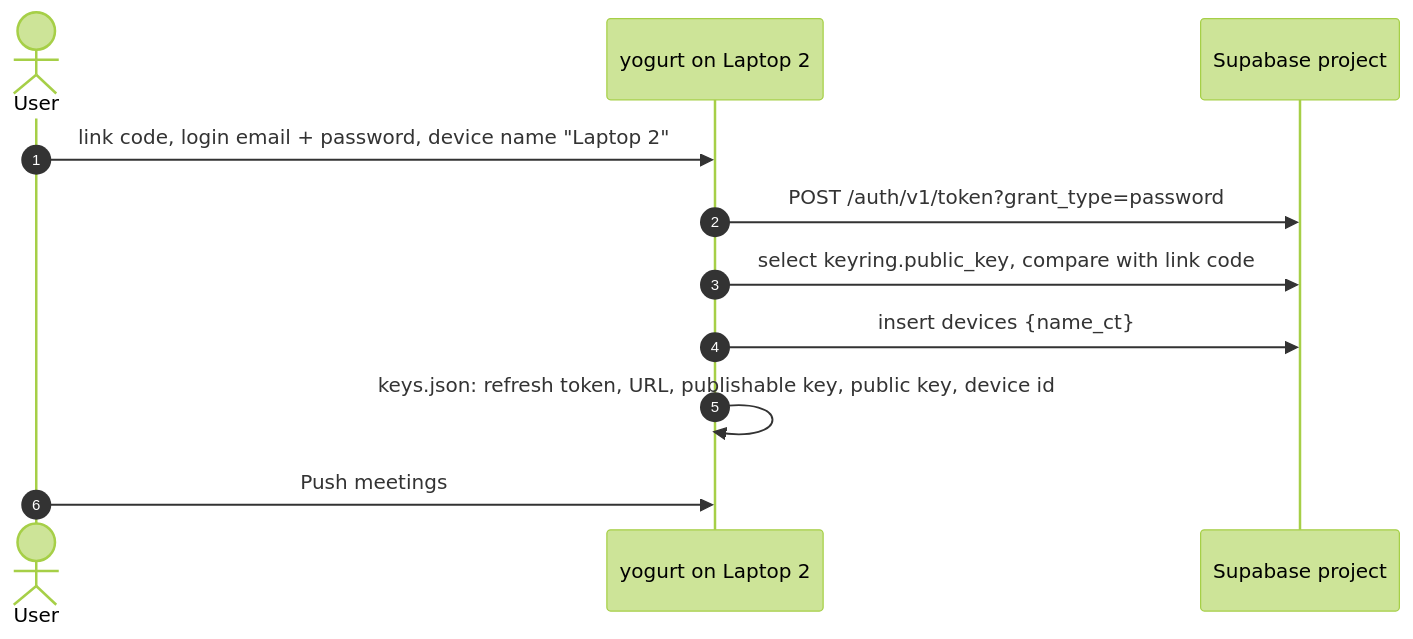
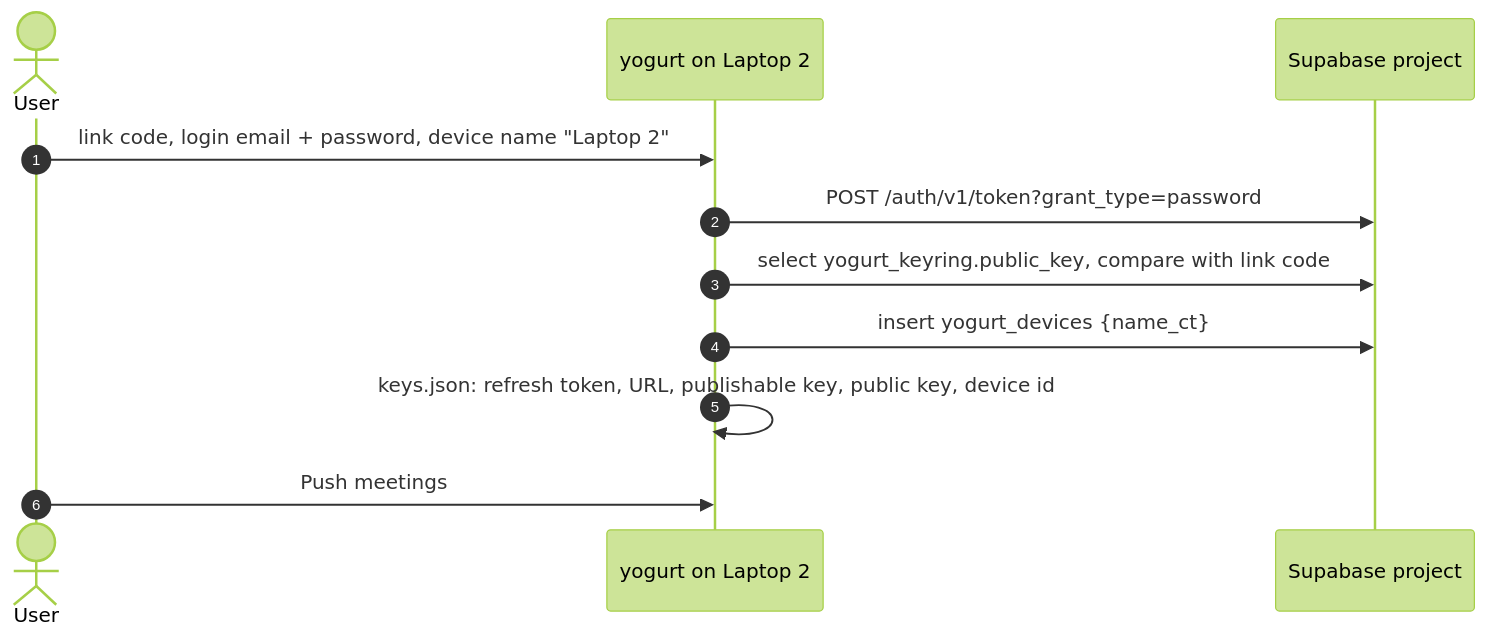
One commit to jarvisrchen/yogurt changed the fourth of 5 diagrams in docs/.planning/sync-cloud-mirror-design.md. Above: the diagram before and after it, drawn with Mermaid (forest theme). The commit also changed other lines of this file and 2 other files, not shown here.

````diff
--- a/docs/.planning/sync-cloud-mirror-design.md
+++ b/docs/.planning/sync-cloud-mirror-design.md
@@ -212,14 +265,14 @@
 ```mermaid
 sequenceDiagram
   autonumber
   actor U as User
   participant Y as yogurt on Laptop 2
   participant P as Supabase project
 
   U->>Y: link code, login email + password, device name "Laptop 2"
   Y->>P: POST /auth/v1/token?grant_type=password
-  Y->>P: select keyring.public_key, compare with link code
-  Y->>P: insert devices {name_ct}
+  Y->>P: select yogurt_keyring.public_key, compare with link code
+  Y->>P: insert yogurt_devices {name_ct}
   Y->>Y: keys.json: refresh token, URL, publishable key, public key, device id
   U->>Y: Push meetings
 ```
````
